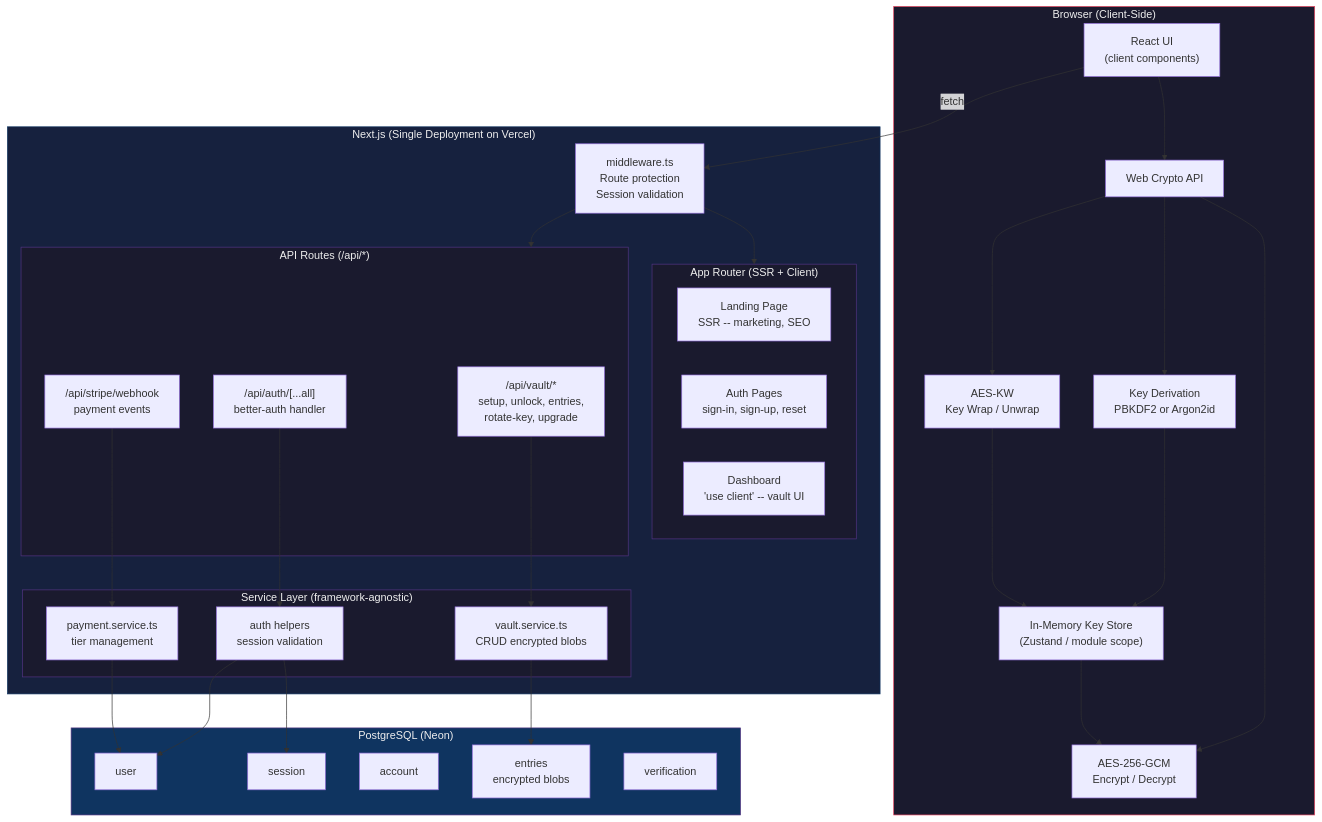
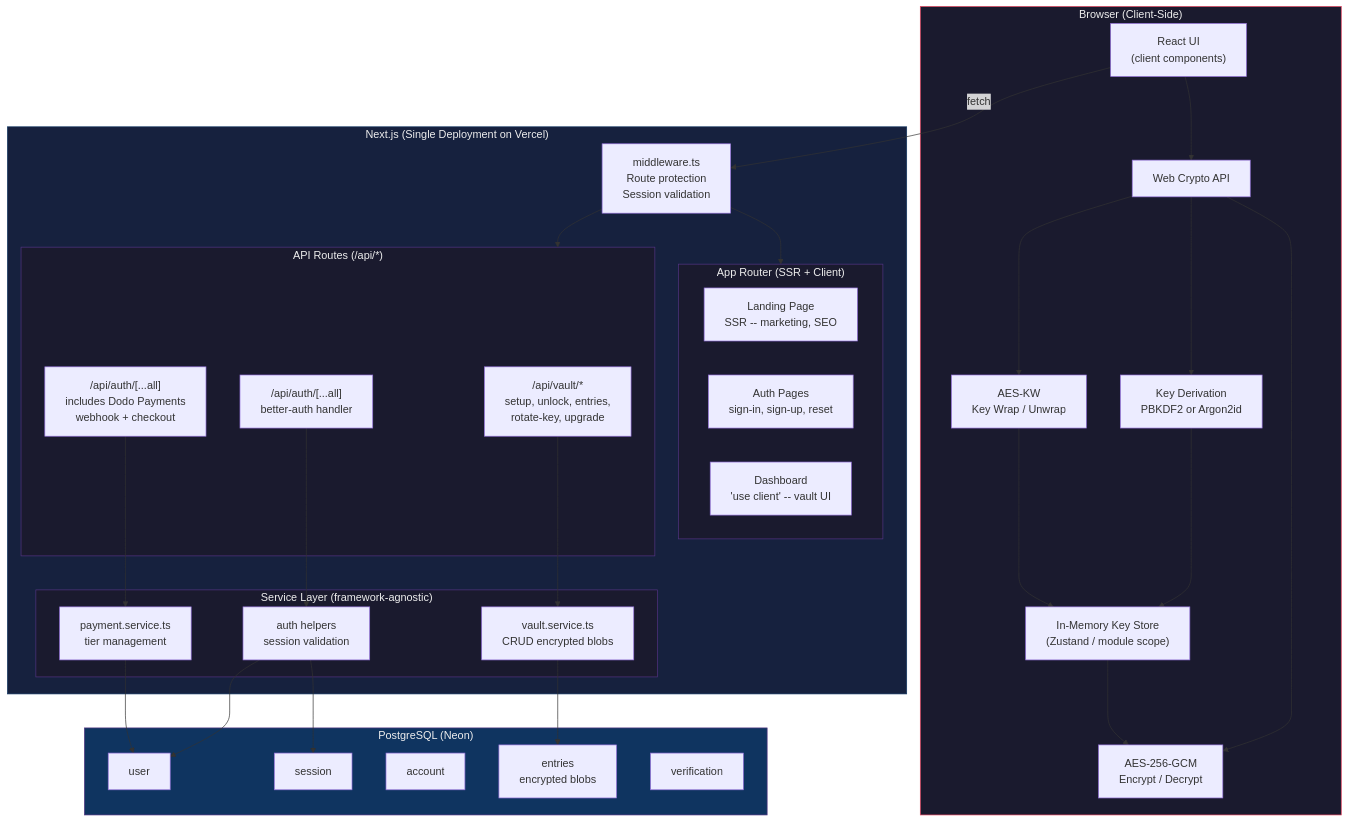
The first of 8 diagrams in docs/ARCHITECTURE.md (kunalsinghdadhwal/lockr), drawn with Mermaid before and after one commit. The commit also changed other lines of this file and 9 other files, not shown here.

````diff
--- a/docs/ARCHITECTURE.md
+++ b/docs/ARCHITECTURE.md
@@ -15,67 +15,67 @@
 ```mermaid
 graph TB
     subgraph Client ["Browser (Client-Side)"]
         UI["React UI<br/>(client components)"]
         WC[Web Crypto API]
         KDF[Key Derivation<br/>PBKDF2 or Argon2id]
         ENC[AES-256-GCM<br/>Encrypt / Decrypt]
         KW[AES-KW<br/>Key Wrap / Unwrap]
         MEM["In-Memory Key Store<br/>(Zustand / module scope)"]
     end
 
     subgraph NextApp ["Next.js (Single Deployment on Vercel)"]
         subgraph Pages ["App Router (SSR + Client)"]
             LP[Landing Page<br/>SSR -- marketing, SEO]
             AUTH_P[Auth Pages<br/>sign-in, sign-up, reset]
             DASH["Dashboard<br/>'use client' -- vault UI"]
         end
 
         subgraph API ["API Routes (/api/*)"]
             AV["/api/vault/*<br/>setup, unlock, entries,<br/>rotate-key, upgrade"]
             AA["/api/auth/[...all]<br/>better-auth handler"]
-            AW["/api/stripe/webhook<br/>payment events"]
+            AW["/api/auth/[...all]<br/>includes Dodo Payments<br/>webhook + checkout"]
         end
 
         subgraph SVC ["Service Layer (framework-agnostic)"]
             VS[vault.service.ts<br/>CRUD encrypted blobs]
             AS[auth helpers<br/>session validation]
             PS[payment.service.ts<br/>tier management]
         end
 
         MW["middleware.ts<br/>Route protection<br/>Session validation"]
     end
 
     subgraph DB ["PostgreSQL (Neon)"]
         UT[user]
         ST[session]
         AT[account]
         ET[entries<br/>encrypted blobs]
         VT[verification]
     end
 
     UI --> WC
     WC --> KDF
     WC --> ENC
     WC --> KW
     KDF --> MEM
     KW --> MEM
     MEM --> ENC
 
     UI -->|fetch| MW
     MW --> API
     MW --> Pages
     AV --> VS
     AA --> AS
     AW --> PS
     VS --> ET
     AS --> UT
     AS --> ST
     PS --> UT
 
     style Client fill:#1a1a2e,stroke:#e94560,color:#eee
     style NextApp fill:#16213e,stroke:#0f3460,color:#eee
     style Pages fill:#1a1a2e,stroke:#533483,color:#eee
     style API fill:#1a1a2e,stroke:#533483,color:#eee
     style SVC fill:#1a1a2e,stroke:#533483,color:#eee
     style DB fill:#0f3460,stroke:#533483,color:#eee
 ```
````
